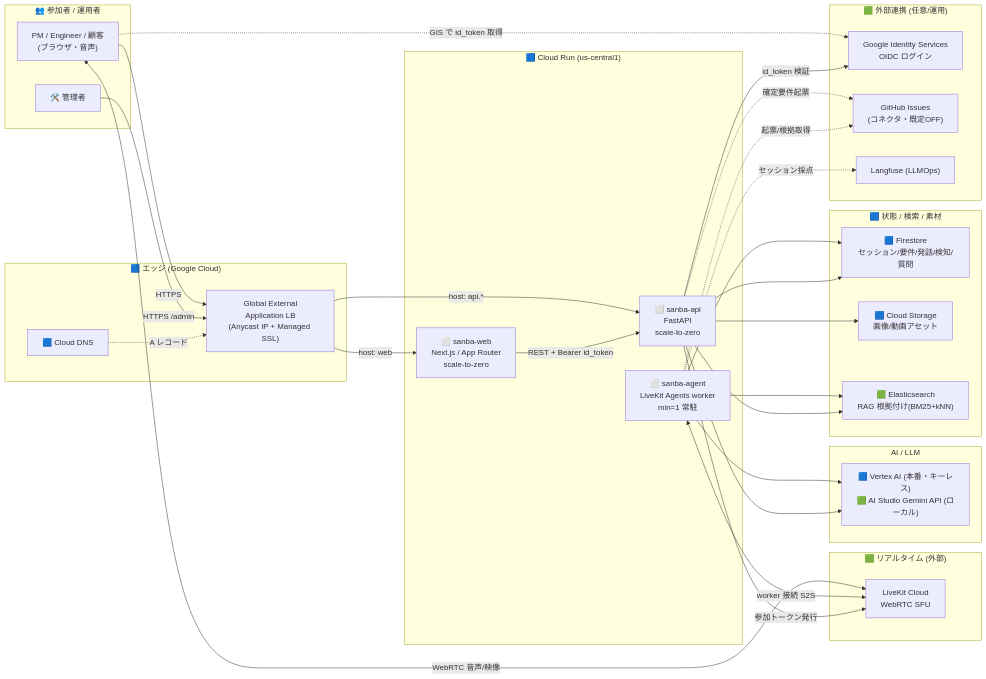
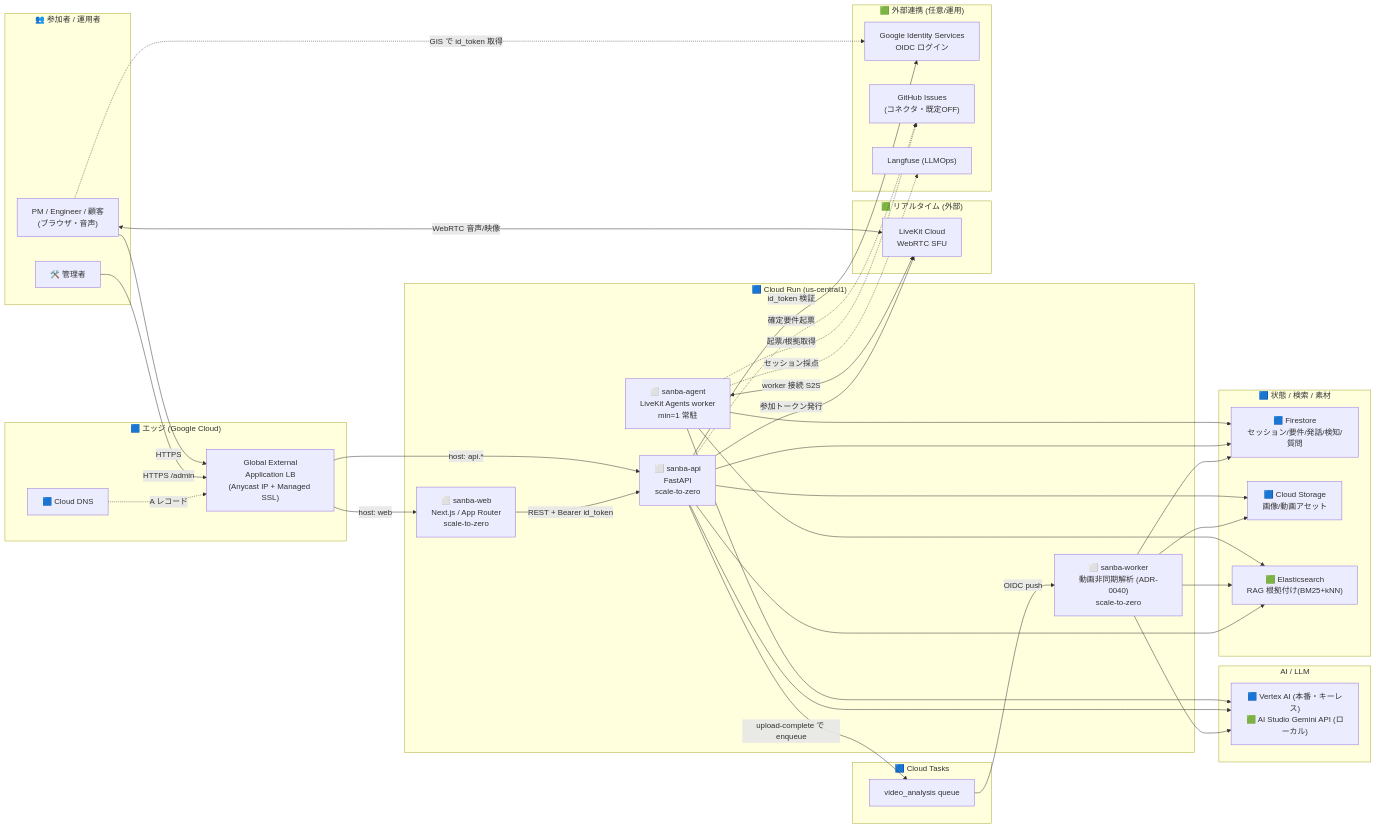
Before and after one commit to godhuu0505/sanba: the first of 13 diagrams in docs/architecture-analysis.md, drawn with Mermaid. The commit also changed other lines of this file and 2 other files, not shown here.

First line of the commit message:
docs: apps/worker (sanba-worker) をアーキテクチャドキュメントに反映

````diff
--- a/docs/architecture-analysis.md
+++ b/docs/architecture-analysis.md
@@ -33,62 +33,74 @@
 ```mermaid
 flowchart LR
   subgraph users["👥 参加者 / 運用者"]
     PM["PM / Engineer / 顧客<br/>(ブラウザ・音声)"]
     ADM["🛠️ 管理者"]
   end
 
   subgraph edge["🟦 エッジ (Google Cloud)"]
     LB["Global External<br/>Application LB<br/>(Anycast IP + Managed SSL)"]
     DNS["🟦 Cloud DNS"]
   end
 
   subgraph run["🟦 Cloud Run (us-central1)"]
     WEB["⬜ sanba-web<br/>Next.js / App Router<br/>scale-to-zero"]
     API["⬜ sanba-api<br/>FastAPI<br/>scale-to-zero"]
     AGENT["⬜ sanba-agent<br/>LiveKit Agents worker<br/>min=1 常駐"]
+    WORKER["⬜ sanba-worker<br/>動画非同期解析 (ADR-0040)<br/>scale-to-zero"]
+  end
+
+  subgraph tasks["🟦 Cloud Tasks"]
+    CT["video_analysis queue"]
   end
 
   subgraph realtime["🟩 リアルタイム (外部)"]
     LK["LiveKit Cloud<br/>WebRTC SFU"]
   end
 
   subgraph ai["AI / LLM"]
     VTX["🟦 Vertex AI (本番・キーレス)<br/>🟩 AI Studio Gemini API (ローカル)"]
   end
 
   subgraph data["🟦 状態 / 検索 / 素材"]
     FS["🟦 Firestore<br/>セッション/要件/発話/検知/質問"]
     GCS["🟦 Cloud Storage<br/>画像/動画アセット"]
     ES["🟩 Elasticsearch<br/>RAG 根拠付け(BM25+kNN)"]
   end
 
   subgraph ext["🟩 外部連携 (任意/運用)"]
     GIS["Google Identity Services<br/>OIDC ログイン"]
     GH["GitHub Issues<br/>(コネクタ・既定OFF)"]
     LF["Langfuse (LLMOps)"]
   end
 
   PM -->|HTTPS| LB
   ADM -->|HTTPS /admin| LB
   DNS -.->|A レコード| LB
   LB -->|host: web| WEB
   LB -->|host: api.*| API
 
   PM -. "GIS で id_token 取得" .-> GIS
   WEB -->|REST + Bearer id_token| API
   PM <-->|WebRTC 音声/映像| LK
   AGENT <-->|worker 接続 S2S| LK
   API -->|参加トークン発行| LK
 
   AGENT --> VTX
   API --> VTX
   AGENT --> FS
   API --> FS
   API --> GCS
   AGENT --> ES
+
+  API -->|upload-complete で enqueue| CT
+  CT -->|OIDC push| WORKER
+  WORKER --> VTX
+  WORKER --> GCS
+  WORKER --> ES
+  WORKER --> FS
   API --> ES
   API -. "確定要件起票" .-> GH
   AGENT -. "起票/根拠取得" .-> GH
   AGENT -. "セッション採点" .-> LF
   API -->|id_token 検証| GIS
 ```
````
